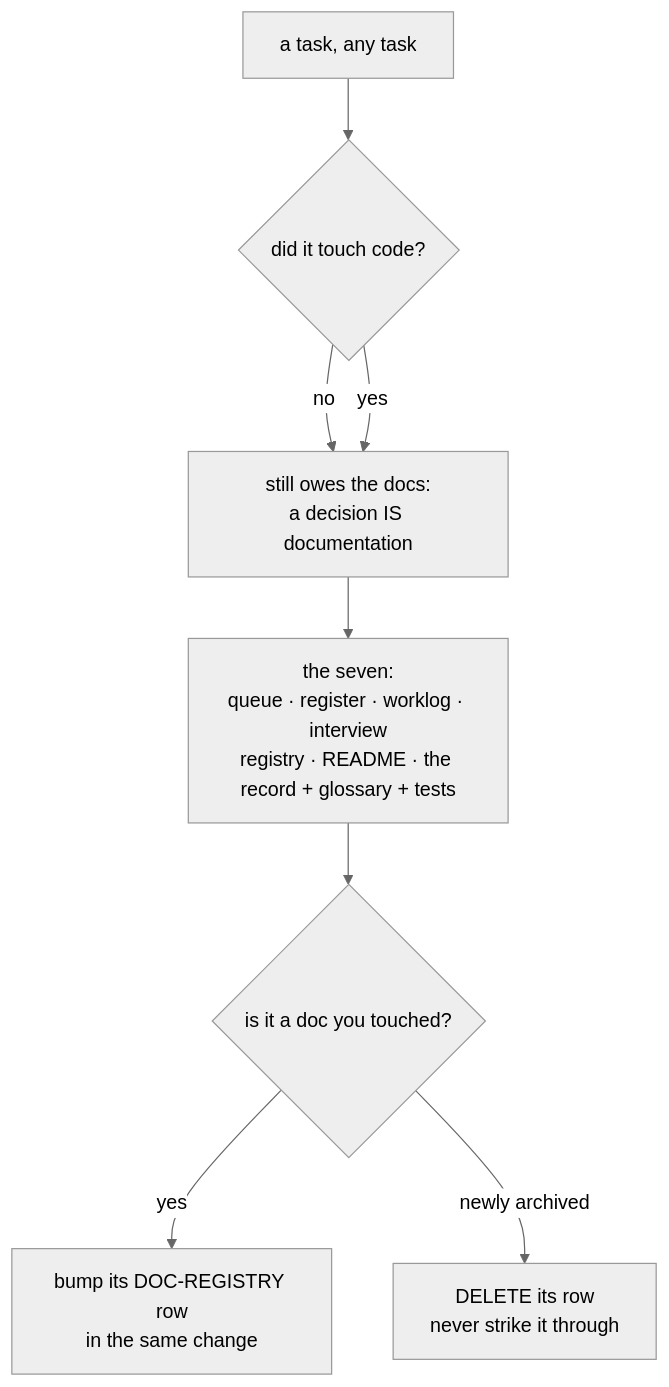
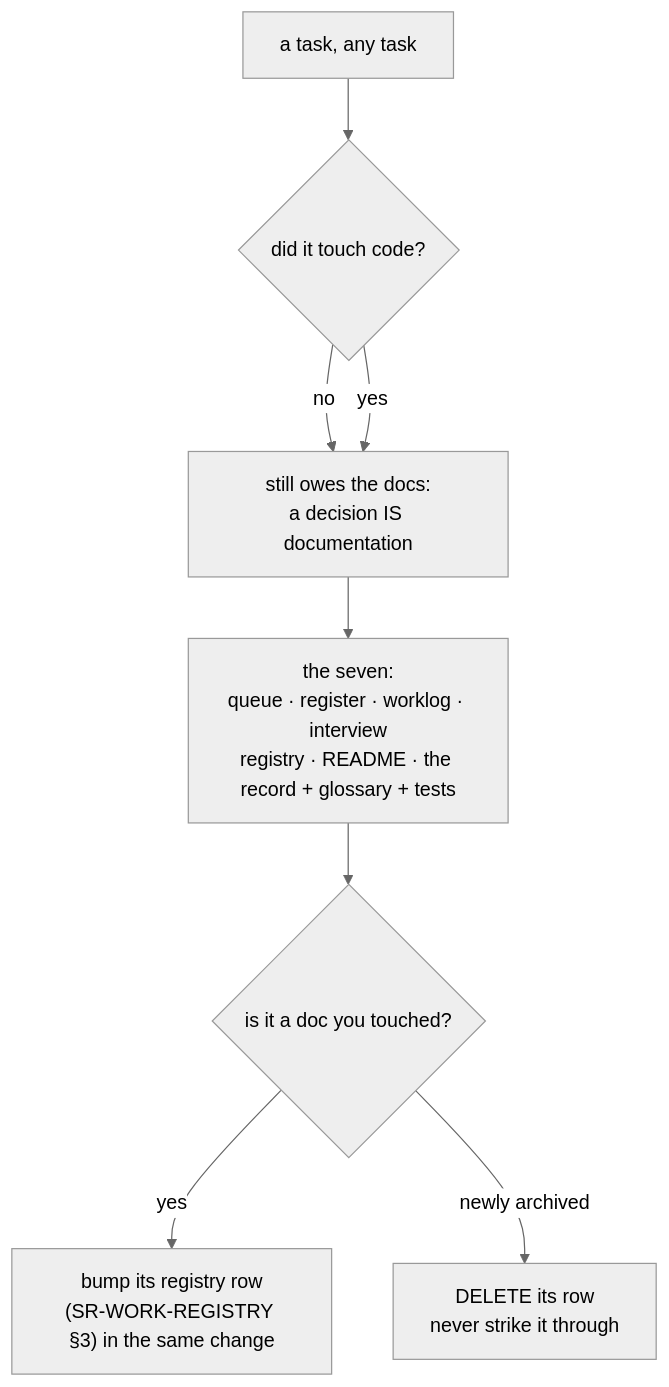
Before and after one commit to arpitarya/fux: the diagram in records/0059_WORK-docs.md, drawn with Mermaid (neutral theme). The commit also changed other lines of this file and 500 other files, not shown here.

````diff
--- a/records/0059_WORK-docs.md
+++ b/records/0059_WORK-docs.md
@@ -47,10 +46,10 @@
 ```mermaid
 flowchart TD
     T[a task, any task] --> Q{did it touch code?}
     Q -->|no| S["still owes the docs:<br/>a decision IS documentation"]
     Q -->|yes| S
     S --> L["the seven:<br/>queue · register · worklog · interview<br/>registry · README · the record + glossary + tests"]
     L --> D{"is it a doc you touched?"}
-    D -->|yes| R["bump its DOC-REGISTRY row<br/>in the same change"]
+    D -->|yes| R["bump its registry row<br/>(SR-WORK-REGISTRY §3) in the same change"]
     D -->|"newly archived"| X["DELETE its row<br/>never strike it through"]
 ```
````
